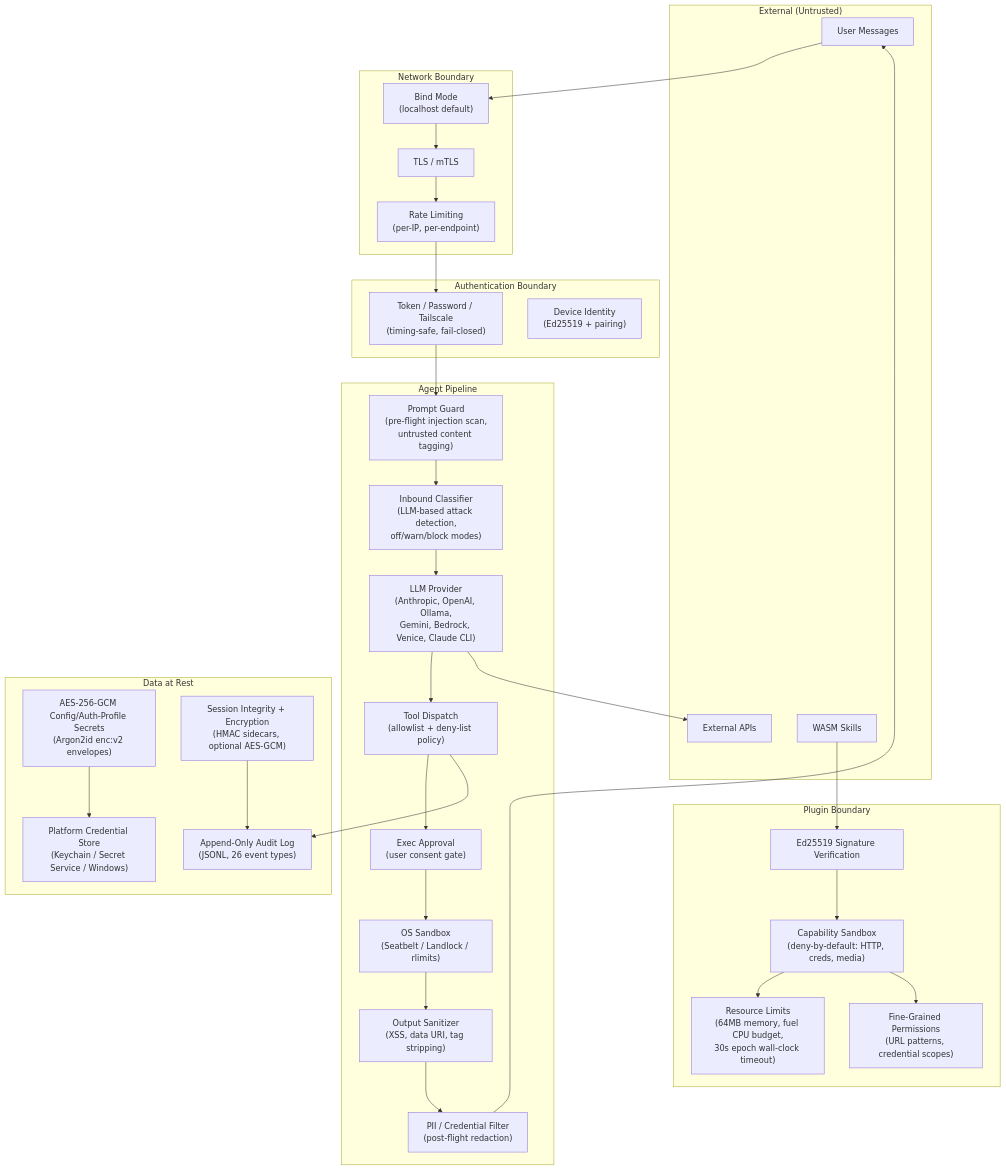
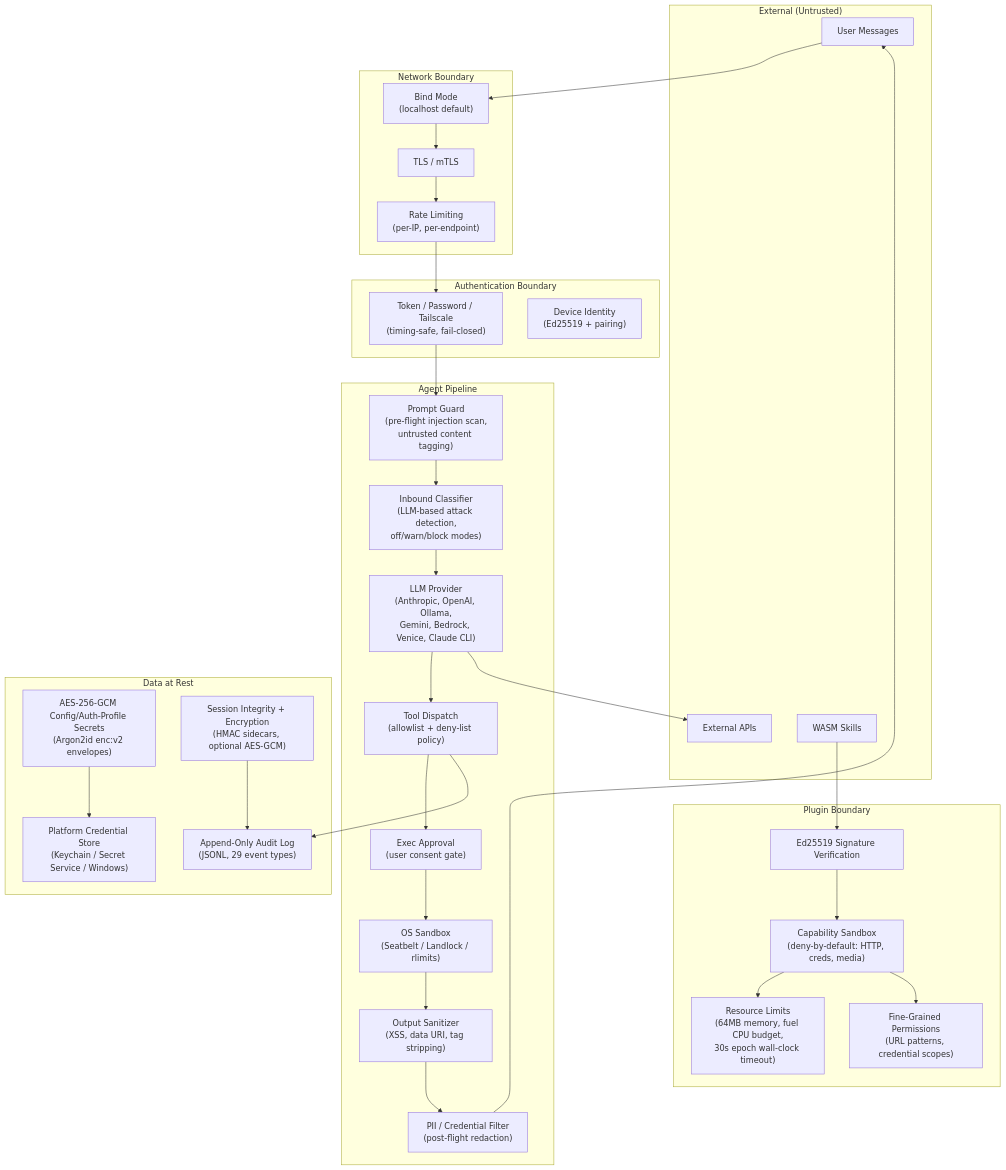
The diagram in docs/security.md (puremachinery/carapace), drawn with Mermaid before and after one commit. The commit also changed other lines of this file and 7 other files, not shown here.

````diff
--- a/docs/security.md
+++ b/docs/security.md
@@ -40,59 +40,59 @@
 ```mermaid
 graph TB
     subgraph "External (Untrusted)"
         User[User Messages]
         ExtAPI[External APIs]
         Skills[WASM Skills]
     end
 
     subgraph "Network Boundary"
         Bind["Bind Mode<br/>(localhost default)"]
         TLS["TLS / mTLS"]
         RateLimit["Rate Limiting<br/>(per-IP, per-endpoint)"]
     end
 
     subgraph "Authentication Boundary"
         Auth["Token / Password / Tailscale<br/>(timing-safe, fail-closed)"]
         DeviceAuth["Device Identity<br/>(Ed25519 + pairing)"]
     end
 
     subgraph "Agent Pipeline"
         PromptGuard["Prompt Guard<br/>(pre-flight injection scan,<br/>untrusted content tagging)"]
         Classifier["Inbound Classifier<br/>(LLM-based attack detection,<br/>off/warn/block modes)"]
         LLM["LLM Provider<br/>(Anthropic, OpenAI, Ollama,<br/>Gemini, Bedrock, Venice, Claude CLI)"]
         ToolDispatch["Tool Dispatch<br/>(allowlist + deny-list policy)"]
         ExecApproval["Exec Approval<br/>(user consent gate)"]
         Sandbox["OS Sandbox<br/>(Seatbelt / Landlock / rlimits)"]
         OutputCSP["Output Sanitizer<br/>(XSS, data URI, tag stripping)"]
         PIIFilter["PII / Credential Filter<br/>(post-flight redaction)"]
     end
 
     subgraph "Data at Rest"
         Secrets["AES-256-GCM Config/Auth-Profile Secrets<br/>(Argon2id enc:v2 envelopes)"]
         Sessions["Session Integrity + Encryption<br/>(HMAC sidecars, optional AES-GCM)"]
-        Audit["Append-Only Audit Log<br/>(JSONL, 26 event types)"]
+        Audit["Append-Only Audit Log<br/>(JSONL, 29 event types)"]
         Keychain["Platform Credential Store<br/>(Keychain / Secret Service / Windows)"]
     end
 
     subgraph "Plugin Boundary"
         PluginSig["Ed25519 Signature Verification"]
         PluginCaps["Capability Sandbox<br/>(deny-by-default: HTTP, creds, media)"]
         PluginRes["Resource Limits<br/>(64MB memory, fuel CPU budget,<br/>30s epoch wall-clock timeout)"]
         PluginPerms["Fine-Grained Permissions<br/>(URL patterns, credential scopes)"]
     end
 
     User --> Bind --> TLS --> RateLimit --> Auth
     Auth --> PromptGuard --> Classifier --> LLM
     LLM --> ToolDispatch --> ExecApproval --> Sandbox
     Sandbox --> OutputCSP --> PIIFilter
     PIIFilter --> User
 
     LLM --> ExtAPI
     ToolDispatch --> Audit
 
     Skills --> PluginSig --> PluginCaps --> PluginRes
     PluginCaps --> PluginPerms
 
     Secrets --> Keychain
     Sessions --> Audit
 ```
````
